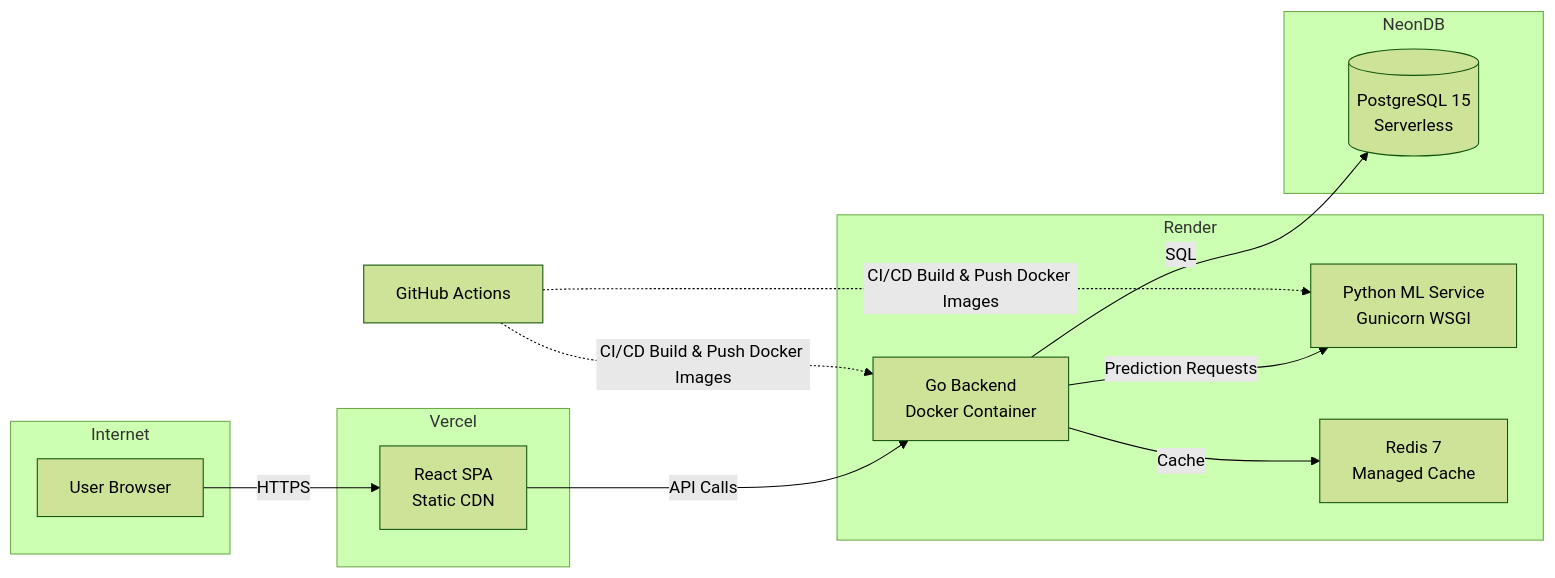
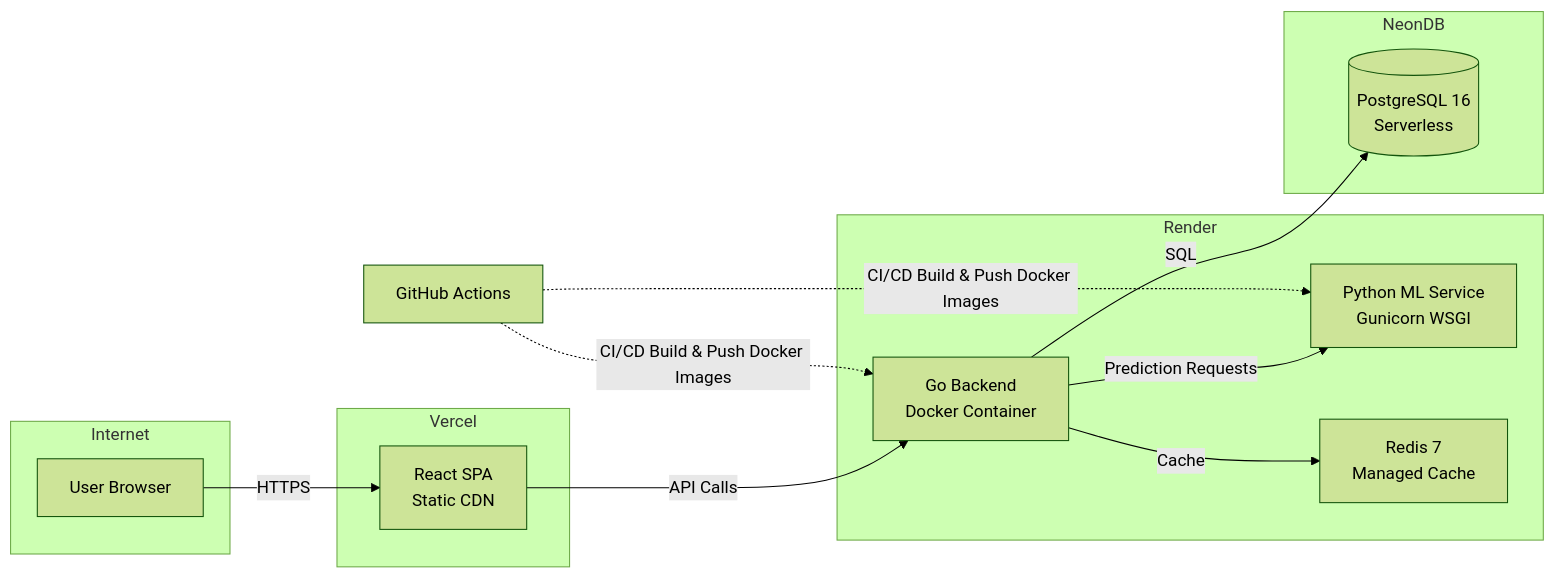
One commit to Skufu/DianaV2 changed the seventh of 7 diagrams in ch3+4.md. Above: the diagram before and after it, drawn with Mermaid (forest theme). The commit also changed other lines of this file and 30 other files, not shown here.

````diff
--- a/ch3+4.md
+++ b/ch3+4.md
@@ -1064,29 +1077,29 @@
 ```mermaid
 graph LR
     subgraph Internet
         A[User Browser]
     end
 
     subgraph Vercel
         B[React SPA<br/>Static CDN]
     end
 
     subgraph Render
         C[Go Backend<br/>Docker Container]
         D[Python ML Service<br/>Gunicorn WSGI]
         E[Redis 7<br/>Managed Cache]
     end
 
     subgraph NeonDB
-        F[(PostgreSQL 15<br/>Serverless)]
+        F[(PostgreSQL 16<br/>Serverless)]
     end
 
     A -->|HTTPS| B
     B -->|API Calls| C
     C -->|Prediction Requests| D
     C -->|SQL| F
     C -->|Cache| E
 
     G[GitHub Actions] -.->|CI/CD Build & Push Docker Images| C
     G -.->|CI/CD Build & Push Docker Images| D
 ```
````
